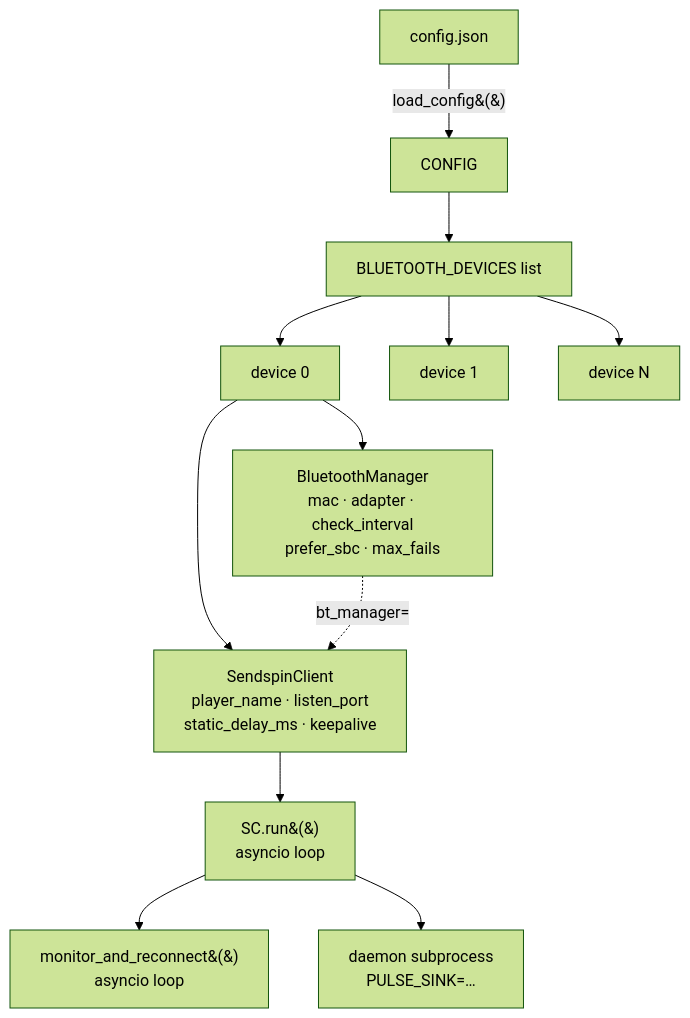
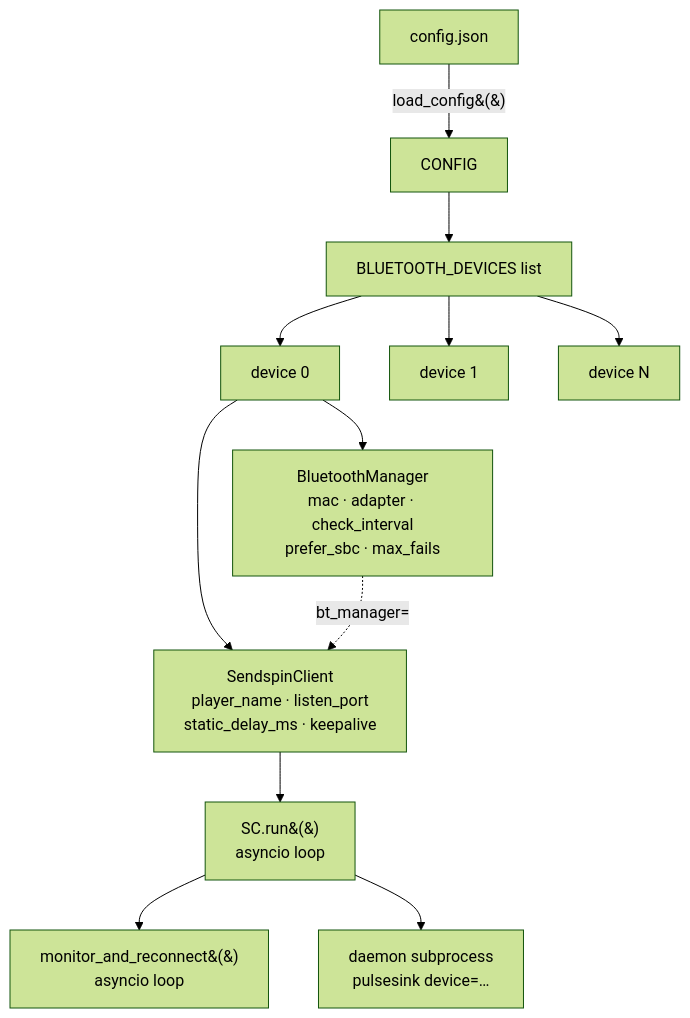
One commit to trudenboy/sendspin-bt-bridge changed diagram 15 of 28 in docs-site/src/content/docs/ru/architecture.md. Above: the diagram before and after it, drawn with Mermaid (forest theme). The commit also changed other lines of this file and 78 other files, not shown here.

````diff
--- a/docs-site/src/content/docs/ru/architecture.md
+++ b/docs-site/src/content/docs/ru/architecture.md
@@ -655,17 +656,17 @@
 ```mermaid
 flowchart TD
     CF[config.json] -->|load_config&#40;&#41;| CONFIG
     CONFIG --> DEVS[BLUETOOTH_DEVICES list]
     DEVS --> D1[device 0]
     DEVS --> D2[device 1]
     DEVS --> DN[device N]
 
     D1 --> BM1[BluetoothManager<br/>mac · adapter · check_interval<br/>prefer_sbc · max_fails]
     D1 --> SC1[SendspinClient<br/>player_name · listen_port<br/>static_delay_ms · keepalive]
 
     BM1 -.->|bt_manager=| SC1
 
     SC1 --> RUN1[SC.run&#40;&#41;<br/>asyncio loop]
     RUN1 --> MON1[monitor_and_reconnect&#40;&#41;<br/>asyncio loop]
-    RUN1 --> SUB1[daemon subprocess<br/>PULSE_SINK=…]
+    RUN1 --> SUB1[daemon subprocess<br/>pulsesink device=…]
 ```
````
